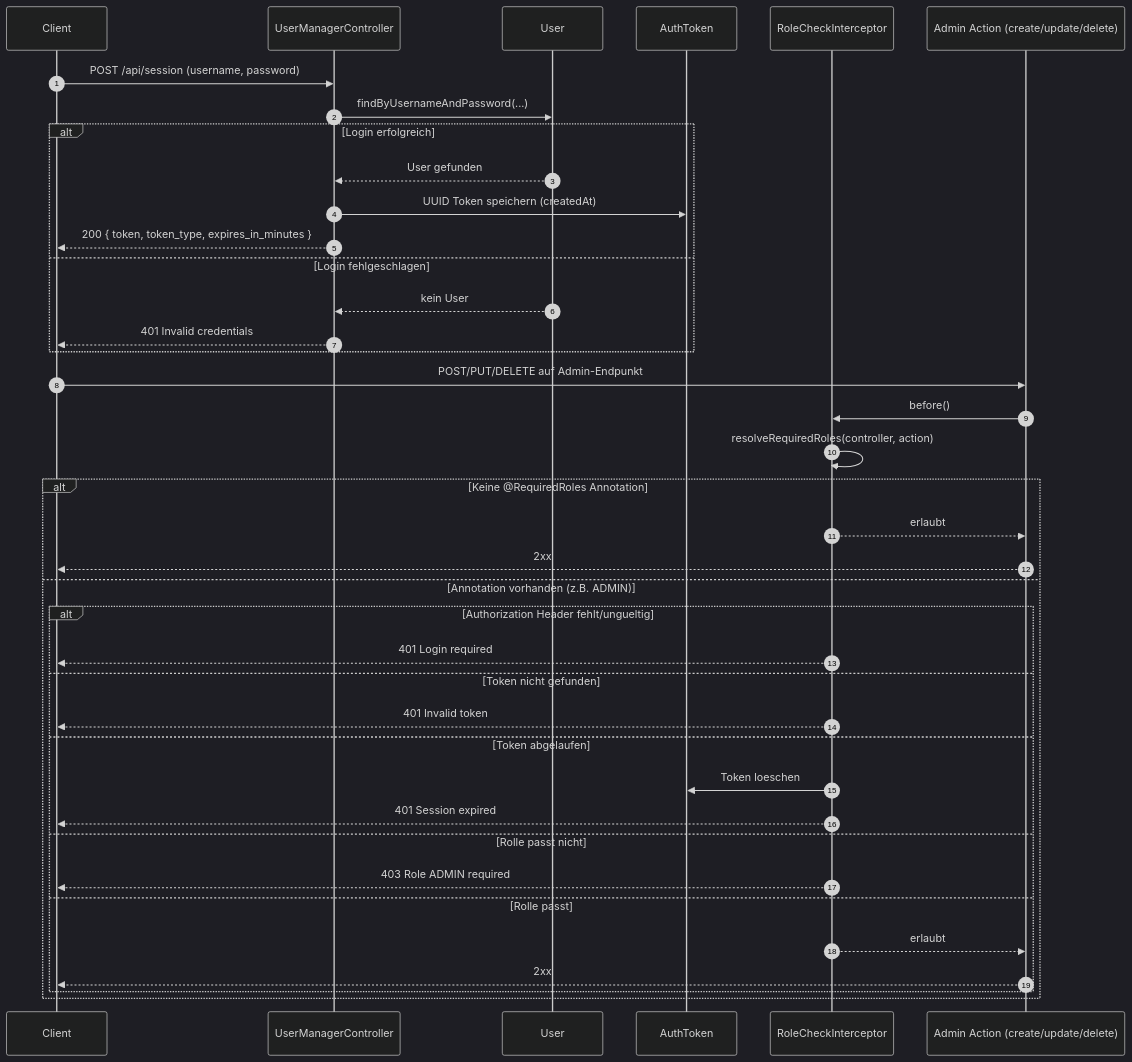
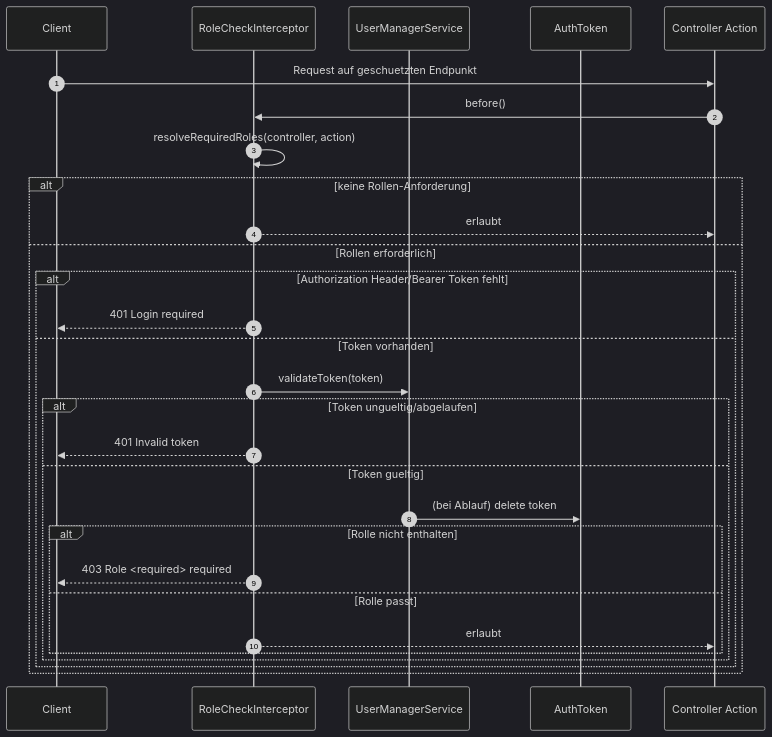
One commit to g8rdier/urban-flow-governance changed the third of 9 diagrams in docs/domain/USER_MANAGEMENT.md. Above: the diagram before and after it, drawn with Mermaid (dark theme). The commit also changed other lines of this file, not shown here.

Commit message:
docs: Streamlined User Mgmt docs

````diff
--- a/docs/domain/USER_MANAGEMENT.md
+++ b/docs/domain/USER_MANAGEMENT.md
@@ -58,45 +105,33 @@
 ```mermaid
 sequenceDiagram
-		autonumber
-		participant C as Client
-		participant UMC as UserManagerController
-		participant U as User
-		participant ATS as AuthToken
-		participant RCI as RoleCheckInterceptor
-		participant AC as Admin Action (create/update/delete)
+    autonumber
+    participant C as Client
+    participant RCI as RoleCheckInterceptor
+    participant UMS as UserManagerService
+    participant AT as AuthToken
+    participant A as Controller Action
 
-		C->>UMC: POST /api/session (username, password)
-		UMC->>U: findByUsernameAndPassword(...)
+    C->>A: Request auf geschuetzten Endpunkt
+    A->>RCI: before()
+    RCI->>RCI: resolveRequiredRoles(controller, action)
 
-		alt Login erfolgreich
-				U-->>UMC: User gefunden
-				UMC->>ATS: UUID Token speichern (createdAt)
-				UMC-->>C: 200 { token, token_type, expires_in_minutes }
-		else Login fehlgeschlagen
-				U-->>UMC: kein User
-				UMC-->>C: 401 Invalid credentials
-		end
-
-		C->>AC: POST/PUT/DELETE auf Admin-Endpunkt
-		AC->>RCI: before()
-		RCI->>RCI: resolveRequiredRoles(controller, action)
-
-		alt Keine @RequiredRoles Annotation
-				RCI-->>AC: erlaubt
-				AC-->>C: 2xx
-		else Annotation vorhanden (z.B. ADMIN)
-				alt Authorization Header fehlt/ungueltig
-						RCI-->>C: 401 Login required
-				else Token nicht gefunden
-						RCI-->>C: 401 Invalid token
-				else Token abgelaufen
-						RCI->>ATS: Token loeschen
-						RCI-->>C: 401 Session expired
-				else Rolle passt nicht
-						RCI-->>C: 403 Role ADMIN required
-				else Rolle passt
-						RCI-->>AC: erlaubt
-						AC-->>C: 2xx
-				end
-		end
+    alt keine Rollen-Anforderung
+        RCI-->>A: erlaubt
+    else Rollen erforderlich
+        alt Authorization Header/Bearer Token fehlt
+            RCI-->>C: 401 Login required
+        else Token vorhanden
+            RCI->>UMS: validateToken(token)
+            alt Token ungueltig/abgelaufen
+                RCI-->>C: 401 Invalid token
+            else Token gueltig
+                UMS->>AT: (bei Ablauf) delete token
+                alt Rolle nicht enthalten
+                    RCI-->>C: 403 Role <required> required
+                else Rolle passt
+                    RCI-->>A: erlaubt
+                end
+            end
+        end
+    end
 ```
````
